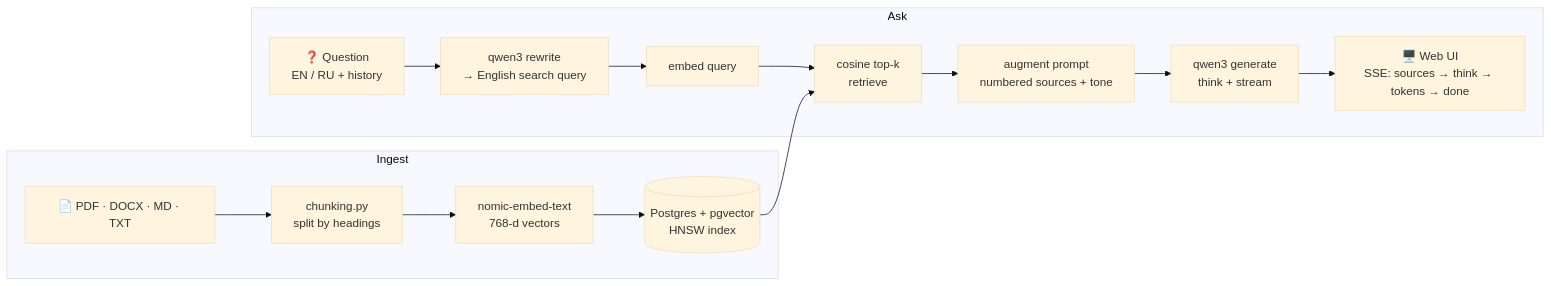
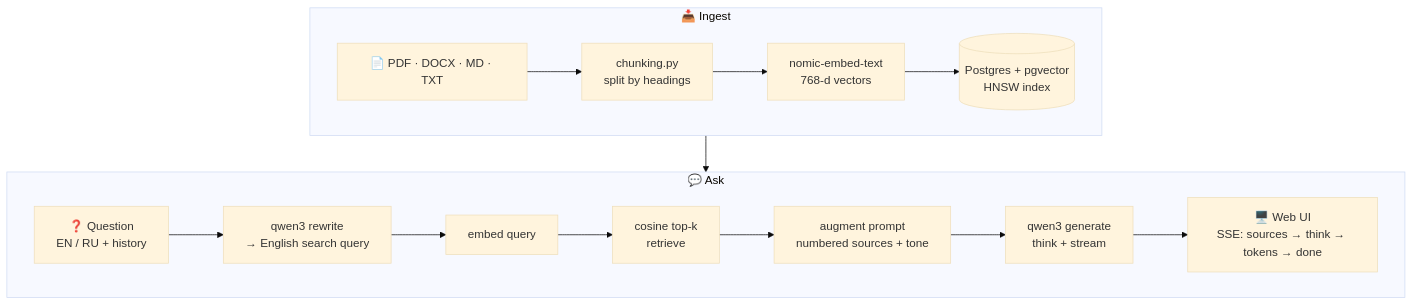
Before and after one commit to t33n601/AlliedTestingChatBOT: the diagram in README.md, drawn with Mermaid (base theme). The commit also changed 1 other file, not shown here.

Commit message:
Repo metadata: language stats, readable architecture diagram

````diff
--- a/README.md
+++ b/README.md
@@ -59,17 +59,19 @@
 ```mermaid
-flowchart LR
-    subgraph Ingest
+flowchart TB
+    subgraph Ingest["📥 Ingest"]
+        direction LR
         D[📄 PDF · DOCX · MD · TXT] --> C[chunking.py<br>split by headings]
         C --> E1[nomic-embed-text<br>768-d vectors]
         E1 --> DB[(Postgres + pgvector<br>HNSW index)]
     end
-    subgraph Ask
+    subgraph Ask["💬 Ask"]
+        direction LR
         Q[❓ Question<br>EN / RU + history] --> RW[qwen3 rewrite<br>→ English search query]
         RW --> E2[embed query]
         E2 --> R[cosine top-k<br>retrieve]
         DB --> R
         R --> A[augment prompt<br>numbered sources + tone]
         A --> G[qwen3 generate<br>think + stream]
         G --> UI[🖥️ Web UI<br>SSE: sources → think → tokens → done]
     end
 ```
````
